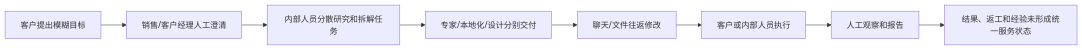
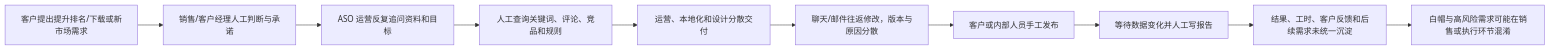
The first of 2 diagrams in 01_product_direction/全球_ASO_与本地化增长_Agent_产品方向确认_v2.md (linkaka970105/ai-pm-adops-copilot), drawn with Mermaid before and after one commit. The commit also changed other lines of this file and 1 other file, not shown here.

First line of the commit message:
Rebuild ASO strategy around the customer-to-delivery narrative

````diff
--- a/01_product_direction/全球_ASO_与本地化增长_Agent_产品方向确认_v2.md
+++ b/01_product_direction/全球_ASO_与本地化增长_Agent_产品方向确认_v2.md
@@ -390,10 +788,12 @@
 ```mermaid
 flowchart LR
-    A[客户提出模糊目标] --> B[销售/客户经理人工澄清]
-    B --> C[内部人员分散研究和拆解任务]
-    C --> D[专家/本地化/设计分别交付]
-    D --> E[聊天/文件往返修改]
-    E --> F[客户或内部人员执行]
-    F --> G[人工观察和报告]
-    G --> H[结果、返工和经验未形成统一服务状态]
+    A["客户提出提升排名/下载或新市场需求"] --> B["销售/客户经理人工判断与承诺"]
+    B --> C["ASO 运营反复追问资料和目标"]
+    C --> D["人工查询关键词、评论、竞品和规则"]
+    D --> E["运营、本地化和设计分散交付"]
+    E --> F["聊天/邮件往返修改，版本与原因分散"]
+    F --> G["客户或内部人员手工发布"]
+    G --> H["等待数据变化并人工写报告"]
+    H --> I["结果、工时、客户反馈和后续需求未统一沉淀"]
+    I --> J["白帽与高风险需求可能在销售或执行环节混淆"]
 ```
````
